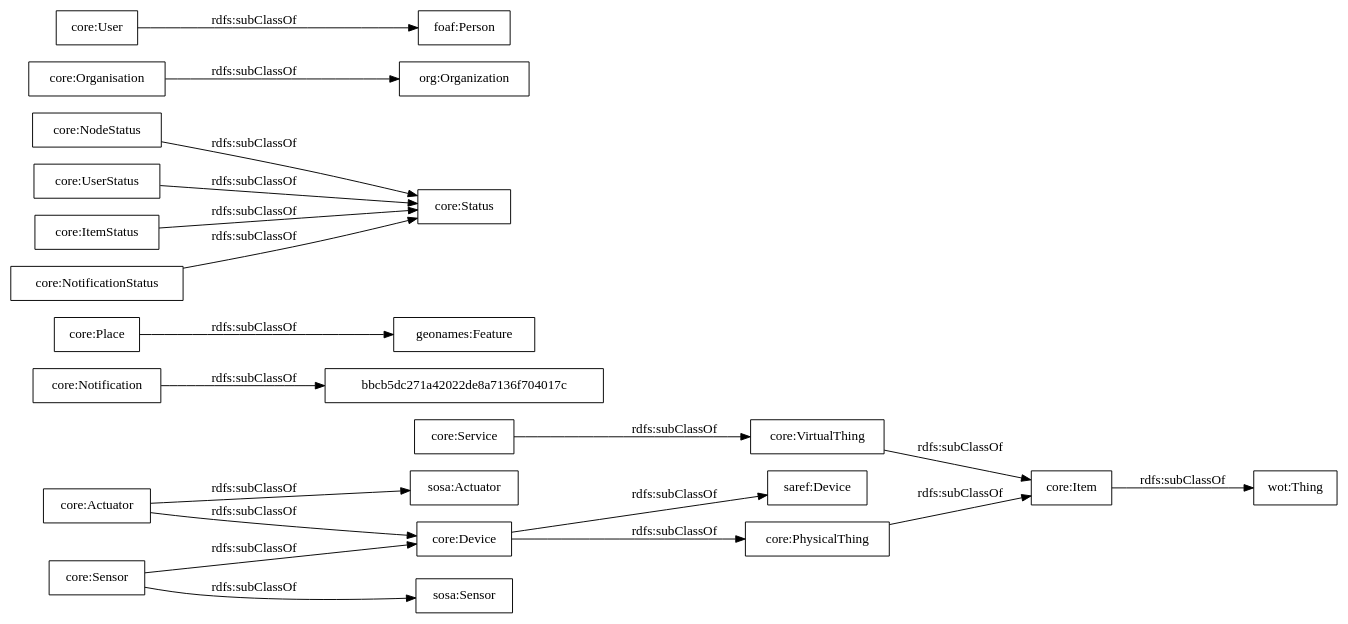
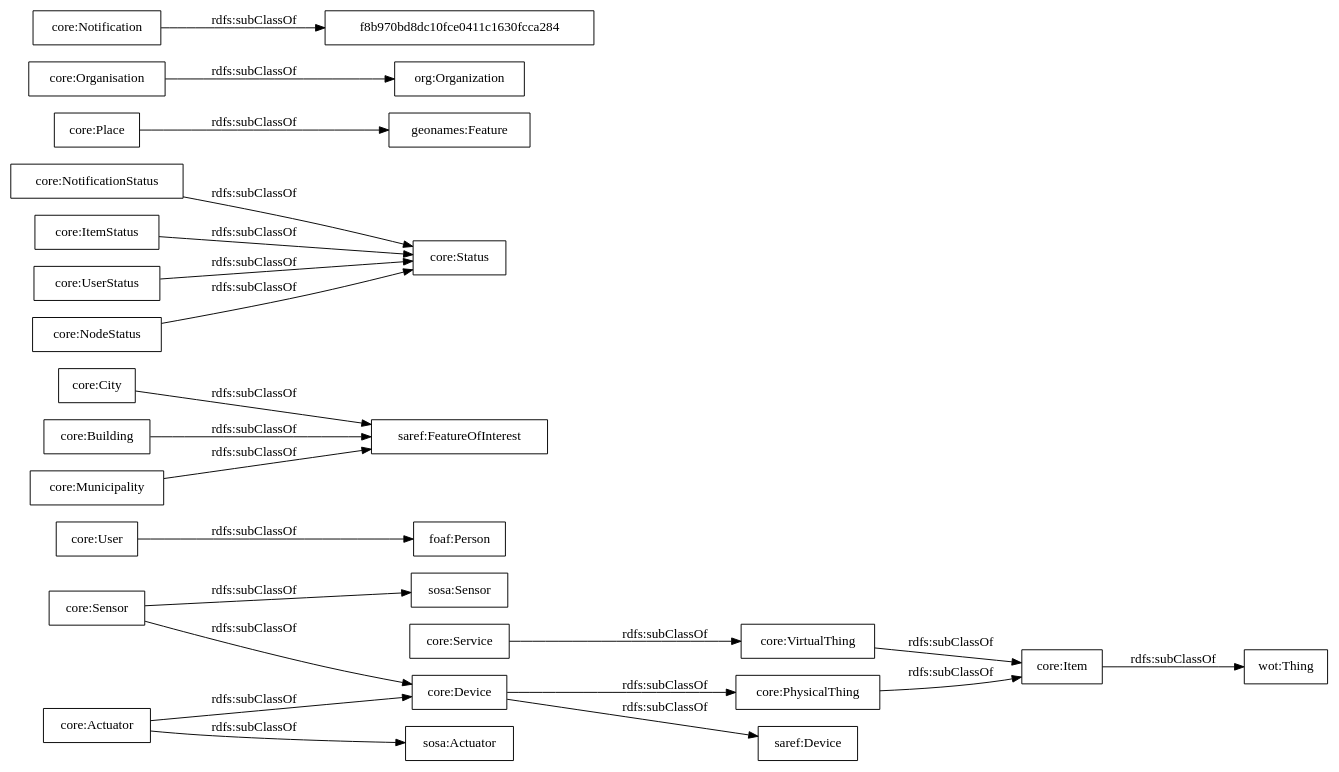
The diagram in OnToology/ontology/auroral-core.ttl/diagrams/ar2dtool-taxonomy/auroral-core.ttl.png.dot (oeg-upm/auroral-core-ontology), drawn with Graphviz before and after one commit. The commit also changed 12 other files, not shown here.

```diff
--- a/OnToology/ontology/auroral-core.ttl/diagrams/ar2dtool-taxonomy/auroral-core.ttl.png.dot
+++ b/OnToology/ontology/auroral-core.ttl/diagrams/ar2dtool-taxonomy/auroral-core.ttl.png.dot
@@ -1,24 +1,27 @@
 digraph ar2dtool_diagram { 
 rankdir=LR;
 size="1000"
-node [shape = rectangle, color="black"]; "core:Service" "core:Notification" "core:Place" "core:NodeStatus" "core:VirtualThing" "core:UserStatus" "org:Organization" "core:User" "core:Item" "core:ItemStatus" "sosa:Actuator" "core:Actuator" "core:Organisation" "core:NotificationStatus" "foaf:Person" "bbcb5dc271a42022de8a7136f704017c" "saref:Device" "core:PhysicalThing" "geonames:Feature" "sosa:Sensor" "wot:Thing" "core:Status" "core:Device" "core:Sensor" ; /*classes style*/
-	"core:Item" -> "wot:Thing" [ label = "rdfs:subClassOf" ];
+node [shape = rectangle, color="black"]; "wot:Thing" "core:User" "saref:Device" "core:City" "core:NotificationStatus" "geonames:Feature" "core:Status" "core:Service" "core:Device" "core:Sensor" "core:Actuator" "core:Organisation" "foaf:Person" "core:Building" "org:Organization" "f8b970bd8dc10fce0411c1630fcca284" "core:Item" "core:Place" "core:Notification" "core:ItemStatus" "core:PhysicalThing" "sosa:Actuator" "core:UserStatus" "core:NodeStatus" "core:Municipality" "core:VirtualThing" "saref:FeatureOfInterest" "sosa:Sensor" ; /*classes style*/
+	"core:ItemStatus" -> "core:Status" [ label = "rdfs:subClassOf" ];
+	"core:Service" -> "core:VirtualThing" [ label = "rdfs:subClassOf" ];
+	"core:Organisation" -> "org:Organization" [ label = "rdfs:subClassOf" ];
+	"core:User" -> "foaf:Person" [ label = "rdfs:subClassOf" ];
+	"core:Building" -> "saref:FeatureOfInterest" [ label = "rdfs:subClassOf" ];
+	"core:PhysicalThing" -> "core:Item" [ label = "rdfs:subClassOf" ];
+	"core:Device" -> "saref:Device" [ label = "rdfs:subClassOf" ];
+	"core:Device" -> "core:PhysicalThing" [ label = "rdfs:subClassOf" ];
+	"core:Municipality" -> "saref:FeatureOfInterest" [ label = "rdfs:subClassOf" ];
+	"core:NodeStatus" -> "core:Status" [ label = "rdfs:subClassOf" ];
 	"core:UserStatus" -> "core:Status" [ label = "rdfs:subClassOf" ];
-	"core:Place" -> "geonames:Feature" [ label = "rdfs:subClassOf" ];
-	"core:VirtualThing" -> "core:Item" [ label = "rdfs:subClassOf" ];
-	"core:Notification" -> "bbcb5dc271a42022de8a7136f704017c" [ label = "rdfs:subClassOf" ];
-	"core:PhysicalThing" -> "core:Item" [ label = "rdfs:subClassOf" ];
 	"core:Sensor" -> "core:Device" [ label = "rdfs:subClassOf" ];
 	"core:Sensor" -> "sosa:Sensor" [ label = "rdfs:subClassOf" ];
-	"core:NodeStatus" -> "core:Status" [ label = "rdfs:subClassOf" ];
-	"core:User" -> "foaf:Person" [ label = "rdfs:subClassOf" ];
+	"core:VirtualThing" -> "core:Item" [ label = "rdfs:subClassOf" ];
 	"core:Actuator" -> "core:Device" [ label = "rdfs:subClassOf" ];
 	"core:Actuator" -> "sosa:Actuator" [ label = "rdfs:subClassOf" ];
-	"core:ItemStatus" -> "core:Status" [ label = "rdfs:subClassOf" ];
-	"core:Device" -> "saref:Device" [ label = "rdfs:subClassOf" ];
-	"core:Device" -> "core:PhysicalThing" [ label = "rdfs:subClassOf" ];
-	"core:Service" -> "core:VirtualThing" [ label = "rdfs:subClassOf" ];
+	"core:Item" -> "wot:Thing" [ label = "rdfs:subClassOf" ];
+	"core:Place" -> "geonames:Feature" [ label = "rdfs:subClassOf" ];
+	"core:Notification" -> "f8b970bd8dc10fce0411c1630fcca284" [ label = "rdfs:subClassOf" ];
 	"core:NotificationStatus" -> "core:Status" [ label = "rdfs:subClassOf" ];
-	"core:Organisation" -> "org:Organization" [ label = "rdfs:subClassOf" ];
+	"core:City" -> "saref:FeatureOfInterest" [ label = "rdfs:subClassOf" ];
 
 }
```
